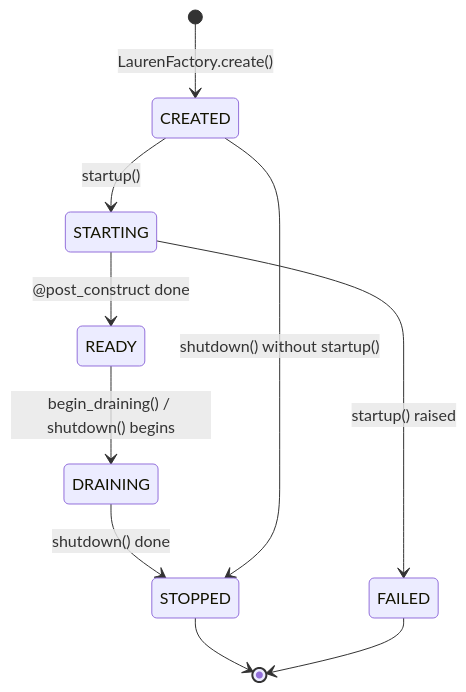
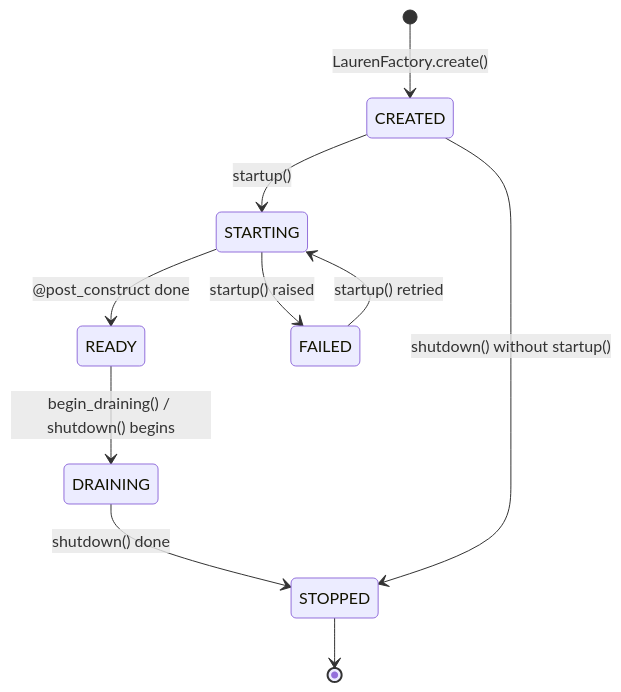
The diagram in docs/guides/health-checks.md (lauren-framework/lauren-framework), drawn with Mermaid before and after one commit. The commit also changed other lines of this file and 5 other files, not shown here.

First line of the commit message:
asgi: let a failed startup be retried

````diff
--- a/docs/guides/health-checks.md
+++ b/docs/guides/health-checks.md
@@ -60,12 +60,12 @@
 ```mermaid
 stateDiagram-v2
     [*] --> CREATED: LaurenFactory.create()
     CREATED --> STARTING: startup()
     STARTING --> READY: @post_construct done
     STARTING --> FAILED: startup() raised
+    FAILED --> STARTING: startup() retried
     READY --> DRAINING: begin_draining() / shutdown() begins
     DRAINING --> STOPPED: shutdown() done
     CREATED --> STOPPED: shutdown() without startup()
     STOPPED --> [*]
-    FAILED --> [*]
 ```
````
